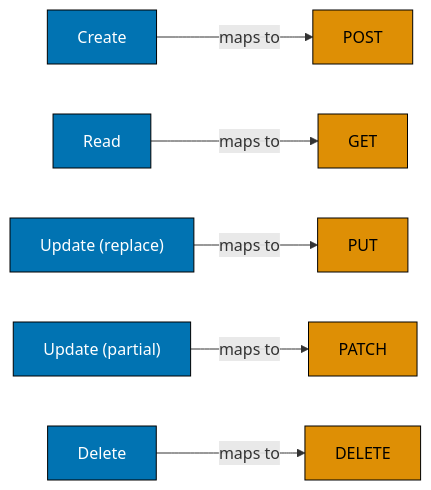
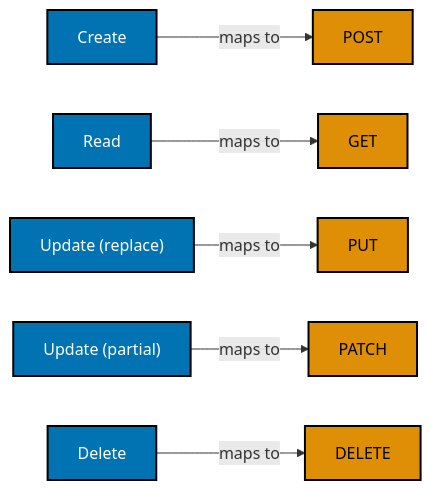
One commit to wahidyankf/open-sharia-fintech changed the first of 7 diagrams in apps/ayokoding-www/content/en/learn/courses/api-design/learning/beginner.md. Above: the diagram before and after it, drawn with Mermaid. The commit also changed other lines of this file and 6 other files, not shown here.

````diff
--- a/apps/ayokoding-www/content/en/learn/courses/api-design/learning/beginner.md
+++ b/apps/ayokoding-www/content/en/learn/courses/api-design/learning/beginner.md
@@ -155,20 +163,14 @@
 ```mermaid
 %% Color Palette: Blue #0173B2, Orange #DE8F05
 graph LR
     A[Create] -->|maps to| B[POST]
     C[Read] -->|maps to| D[GET]
     E["Update (replace)"] -->|maps to| F[PUT]
     G["Update (partial)"] -->|maps to| H[PATCH]
     I[Delete] -->|maps to| J[DELETE]
 
-    style A fill:#0173B2,stroke:#000,color:#fff
-    style B fill:#DE8F05,stroke:#000,color:#000
-    style C fill:#0173B2,stroke:#000,color:#fff
-    style D fill:#DE8F05,stroke:#000,color:#000
-    style E fill:#0173B2,stroke:#000,color:#fff
-    style F fill:#DE8F05,stroke:#000,color:#000
-    style G fill:#0173B2,stroke:#000,color:#fff
-    style H fill:#DE8F05,stroke:#000,color:#000
-    style I fill:#0173B2,stroke:#000,color:#fff
-    style J fill:#DE8F05,stroke:#000,color:#000
+    classDef blue fill:#0173B2,stroke:#000000,color:#FFFFFF,stroke-width:2px
+    classDef orange fill:#DE8F05,stroke:#000000,color:#000000,stroke-width:2px
+    class A,C,E,G,I blue
+    class B,D,F,H,J orange
 ```
````
